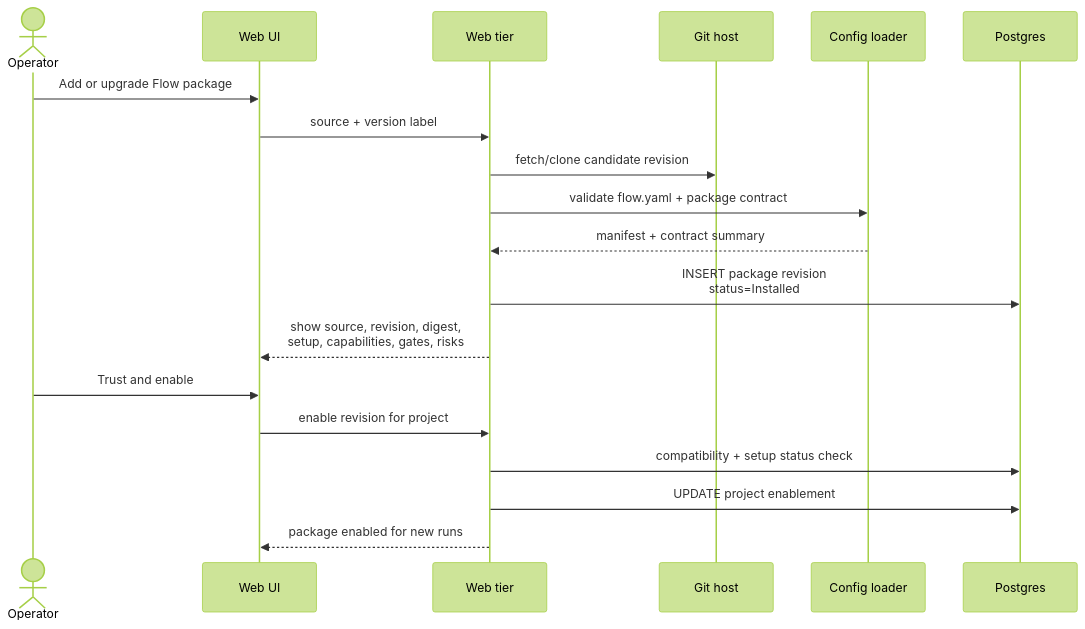
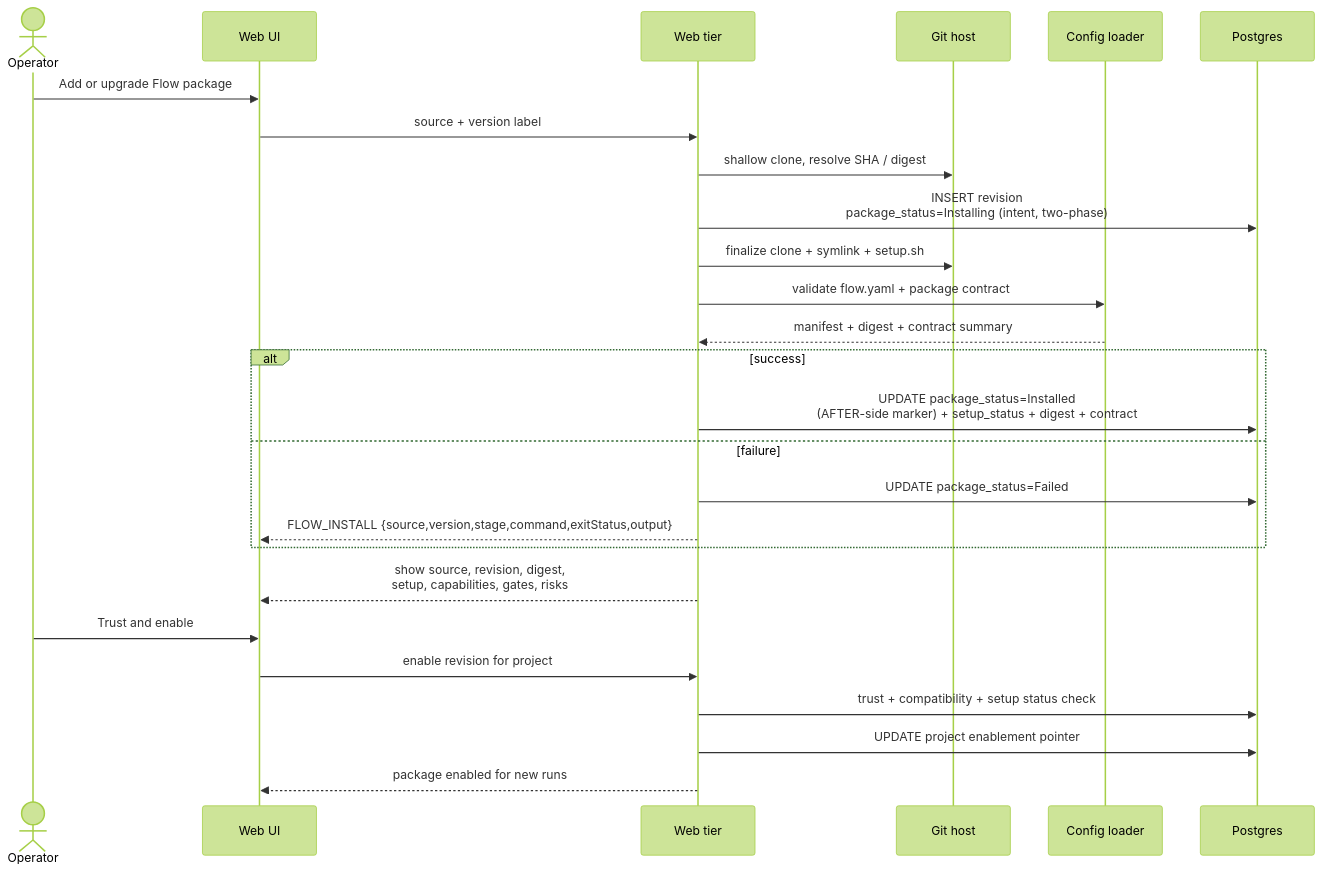
One commit to maister-dev/maister changed the third of 5 diagrams in docs/system-analytics/flow-packages.md. Above: the diagram before and after it, drawn with Mermaid (forest theme). The commit also changed other lines of this file and 3 other files, not shown here.

First line of the commit message:
docs(m10): flow package lifecycle design spec + ADR-021

````diff
--- a/docs/system-analytics/flow-packages.md
+++ b/docs/system-analytics/flow-packages.md
@@ -50,22 +78,29 @@
 ```mermaid
 sequenceDiagram
     actor U as Operator
     participant UI as Web UI
     participant W as Web tier
     participant G as Git host
     participant CFG as Config loader
     participant DB as Postgres
 
     U->>UI: Add or upgrade Flow package
     UI->>W: source + version label
-    W->>G: fetch/clone candidate revision
+    W->>G: shallow clone, resolve SHA / digest
+    W->>DB: INSERT revision<br/>package_status=Installing (intent, two-phase)
+    W->>G: finalize clone + symlink + setup.sh
     W->>CFG: validate flow.yaml + package contract
-    CFG-->>W: manifest + contract summary
-    W->>DB: INSERT package revision<br/>status=Installed
+    CFG-->>W: manifest + digest + contract summary
+    alt success
+        W->>DB: UPDATE package_status=Installed<br/>(AFTER-side marker) + setup_status + digest + contract
+    else failure
+        W->>DB: UPDATE package_status=Failed
+        W-->>UI: FLOW_INSTALL {source,version,stage,command,exitStatus,output}
+    end
     W-->>UI: show source, revision, digest,<br/>setup, capabilities, gates, risks
     U->>UI: Trust and enable
     UI->>W: enable revision for project
-    W->>DB: compatibility + setup status check
-    W->>DB: UPDATE project enablement
+    W->>DB: trust + compatibility + setup status check
+    W->>DB: UPDATE project enablement pointer
     W-->>UI: package enabled for new runs
 ```
````
